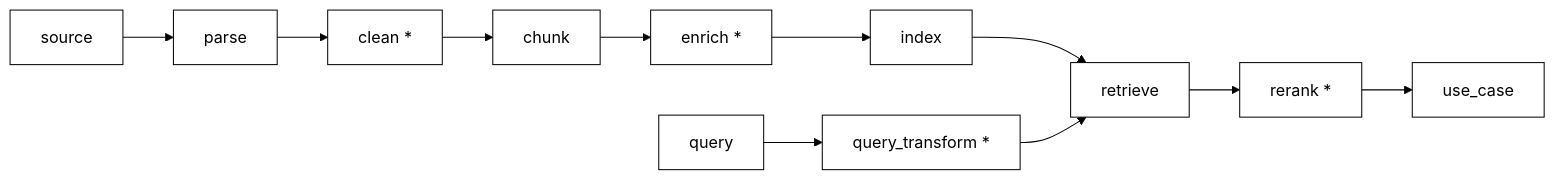
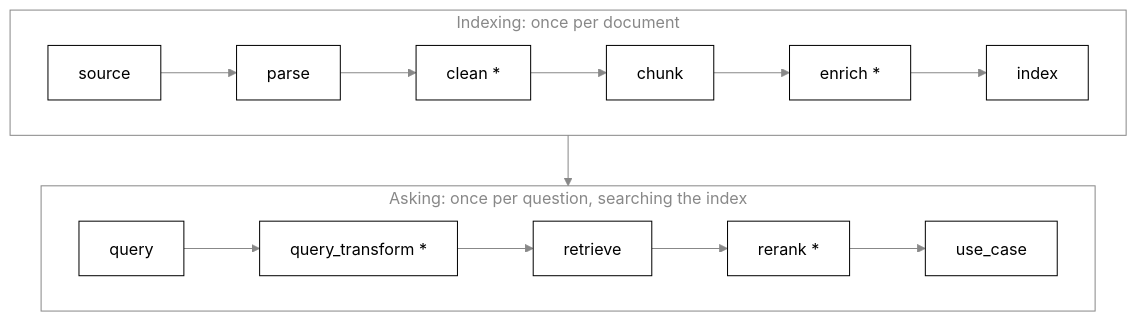
Before and after one commit to nadeem4/rag-playground: the diagram in README.md, drawn with Mermaid.

Commit message:
docs: readable pipeline diagram on GitHub dark and light themes

````diff
--- a/README.md
+++ b/README.md
@@ -97,6 +97,13 @@
 ```mermaid
-%%{init: {'theme': 'base', 'themeVariables': {'primaryColor': '#ffffff', 'primaryTextColor': '#000000', 'primaryBorderColor': '#000000', 'lineColor': '#000000', 'fontFamily': 'monospace'}}}%%
-flowchart LR
-    source --> parse --> clean["clean *"] --> chunk --> enrich["enrich *"] --> index --> retrieve --> rerank["rerank *"] --> use_case
-    query --> qt["query_transform *"] --> retrieve
+%%{init: {'theme': 'base', 'themeVariables': {'primaryColor': '#ffffff', 'primaryTextColor': '#000000', 'primaryBorderColor': '#000000', 'lineColor': '#888888', 'clusterBkg': 'transparent', 'clusterBorder': '#888888', 'titleColor': '#888888', 'fontFamily': 'monospace'}}}%%
+flowchart TB
+    subgraph ingest["Indexing: once per document"]
+        direction LR
+        source --> parse --> clean["clean *"] --> chunk --> enrich["enrich *"] --> index
+    end
+    subgraph ask["Asking: once per question, searching the index"]
+        direction LR
+        query --> qt["query_transform *"] --> retrieve --> rerank["rerank *"] --> use_case
+    end
+    ingest --> ask
 ```
````
